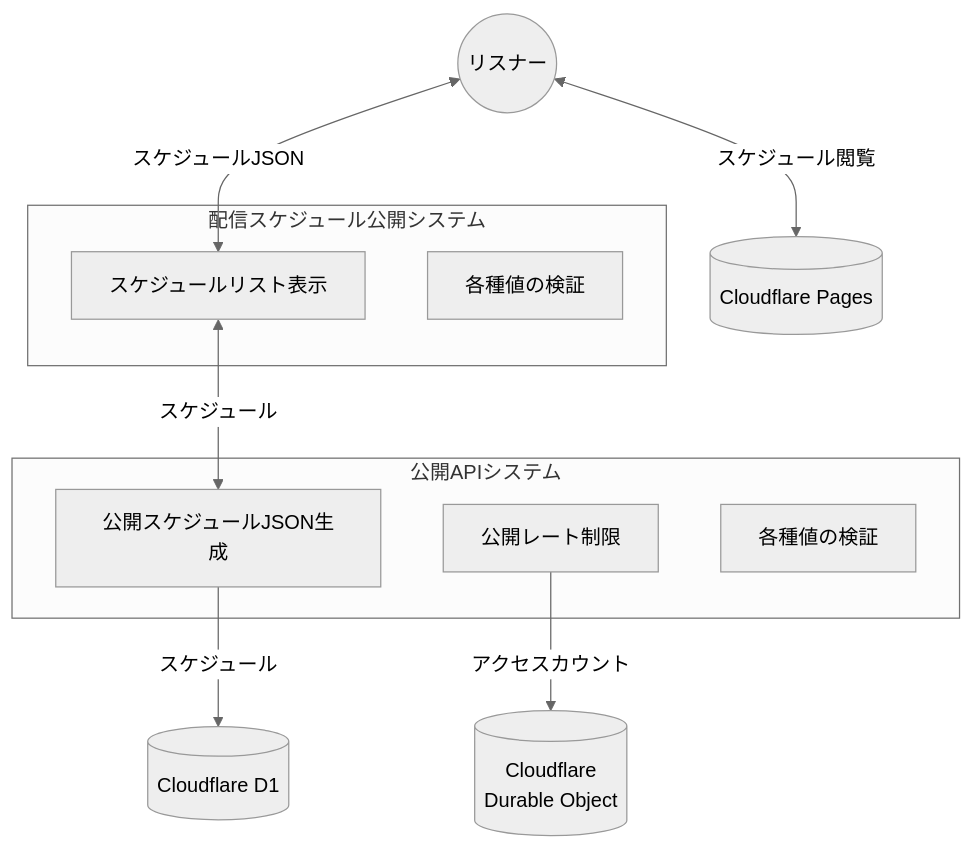
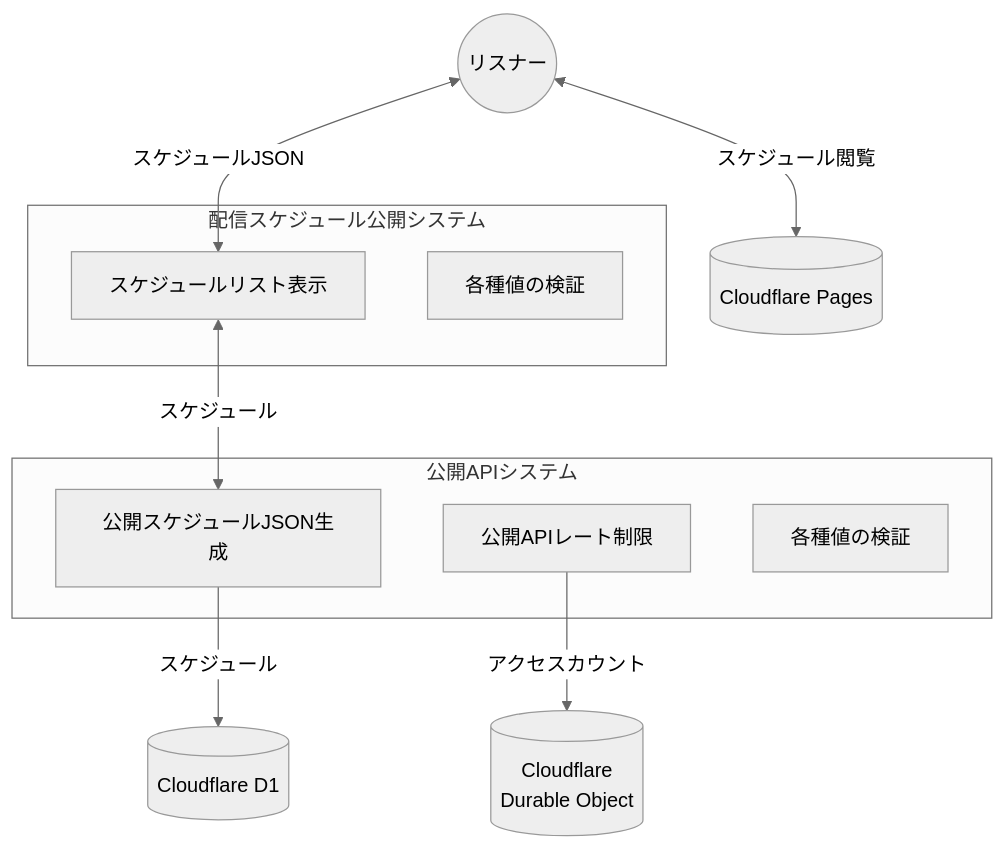
Before and after one commit to osawa-naotaka/vtunehub: the second of 12 diagrams in doc/devel/PHASE_01/01_05_FUNCTIONAL_SPEC.md, drawn with Mermaid (neutral theme). The commit also changed other lines of this file, not shown here.

````diff
--- a/doc/devel/PHASE_01/01_05_FUNCTIONAL_SPEC.md
+++ b/doc/devel/PHASE_01/01_05_FUNCTIONAL_SPEC.md
@@ -99,37 +95,37 @@
 ```mermaid
 graph TB
 
   %% Actor and External Services
   ACTOR_USER(("リスナー"))
   SV_D1[("Cloudflare D1")]
   SV_DO[("Cloudflare<BR>Durable Object")]
   SV_PAGES[("Cloudflare Pages")]
   
   %% subgraph ENV_WORKER["Worker"]
     subgraph SYS_PUB_API["公開APIシステム"]
       FN_PUB_JSON["公開スケジュールJSON生成"]
-      FN_PUB_RATE["公開レート制限"]
+      FN_PUB_RATE["公開APIレート制限"]
       FN_PUB_VALID["各種値の検証"]
     end
   %% end
 
   %% Public System
   subgraph SYS_PUBLIC["配信スケジュール公開システム"]
     FN_PUBLIC_SHOW["スケジュールリスト表示"]
     FN_PUBLIC_VALID["各種値の検証"]
   end
 
 
   %% リスナーがスケジュール閲覧
   ACTOR_USER <--"スケジュール閲覧"--> SV_PAGES
   ACTOR_USER <--"スケジュールJSON"--> FN_PUBLIC_SHOW
   FN_PUBLIC_SHOW <--"スケジュール"--> FN_PUB_JSON
 
   %% 外部サービスとの接続
 
   %% API -> スケジュールデータ
   FN_PUB_JSON --"スケジュール"--> SV_D1
 
   %% レート制限 -> DO
   FN_PUB_RATE --"アクセスカウント"--> SV_DO
 ```
````
